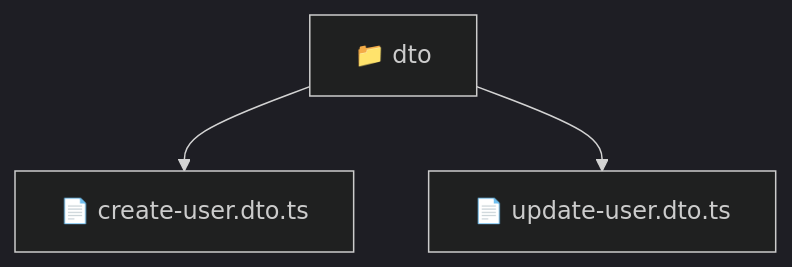
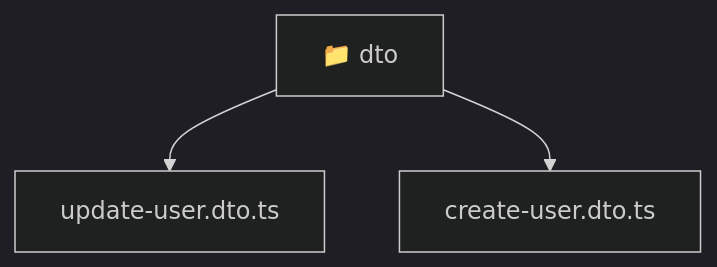
The diagram in backend/src/modules/user/presentation/dto/README.md (beginwebdev2002/fullstack-mavluda), drawn with Mermaid (dark theme) before and after one commit. The commit also changed other lines of this file and 167 other files, not shown here.

````diff
--- a/backend/src/modules/user/presentation/dto/README.md
+++ b/backend/src/modules/user/presentation/dto/README.md
@@ -9,6 +9,8 @@
 ```mermaid
 graph TD
-  Root["📁 dto"]
-  Root --> create_user_dto_ts["📄 create-user.dto.ts"]
-  Root --> update_user_dto_ts["📄 update-user.dto.ts"]
+  Root_dto["📁 dto"]
+  f_update_user_dto_ts["update-user.dto.ts"]
+  Root_dto --> f_update_user_dto_ts
+  f_create_user_dto_ts["create-user.dto.ts"]
+  Root_dto --> f_create_user_dto_ts
 ```
````
